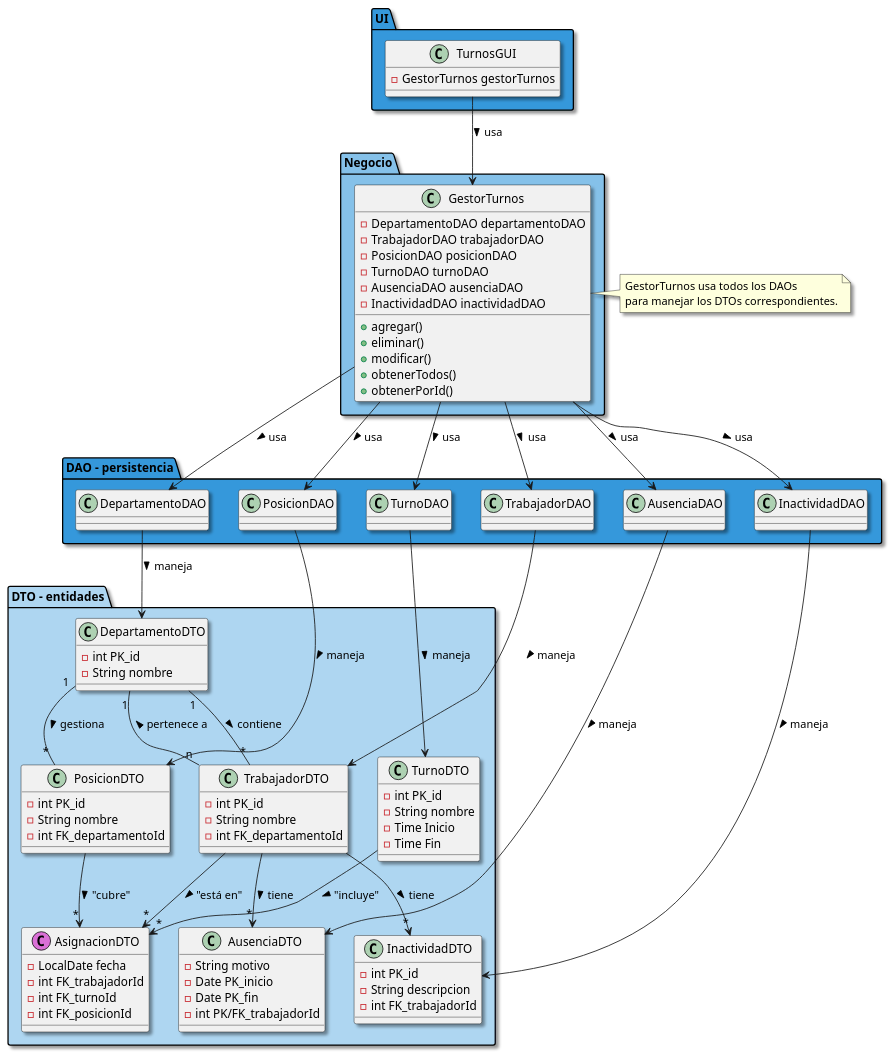
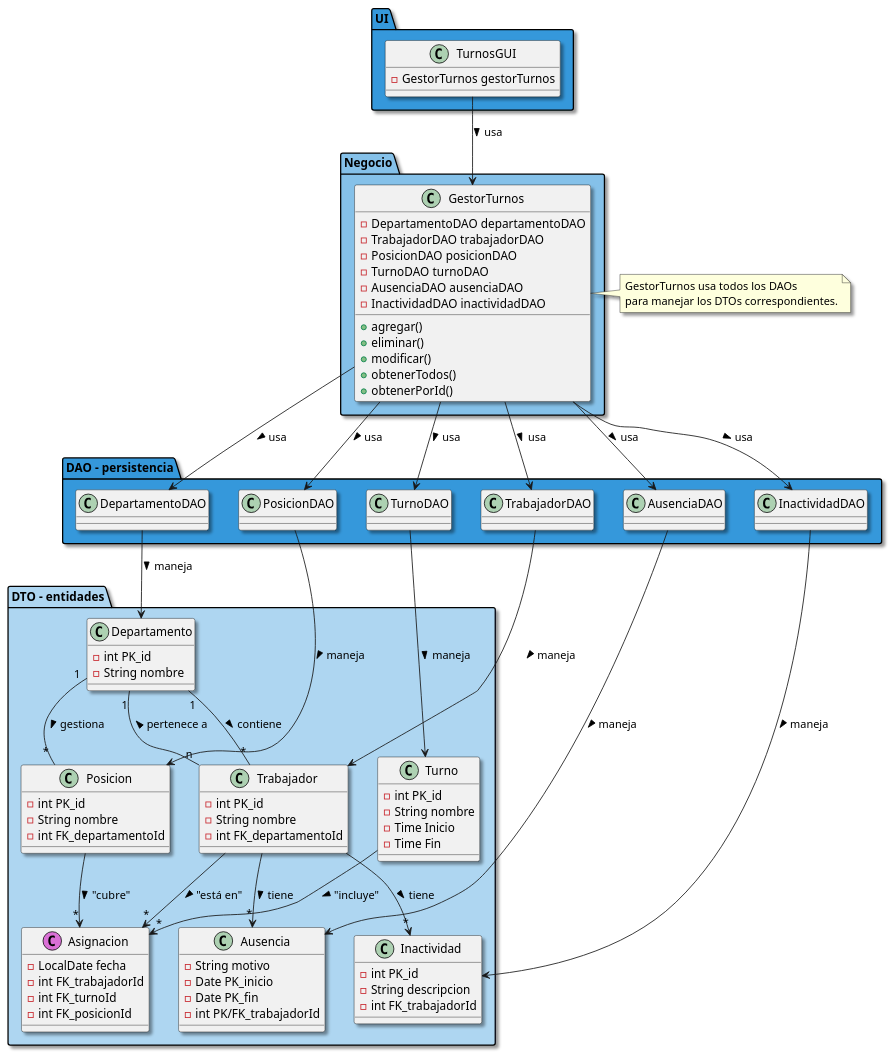
The diagram in DiagramaER.puml (flpmarin/GestorDeTurnos), drawn with PlantUML before and after one commit. The commit also changed 12 other files, not shown here.

Commit message:
Agregar clase Asignacion, Asignación DAO y los métodos básicos

```diff
--- a/DiagramaER.puml
+++ b/DiagramaER.puml
@@ -1,113 +1,113 @@
 @startuml turnos
 ' En un diagrama UML, las relaciones entre las clases a menudo se representan con líneas de asociación, por lo que no es necesario duplicar esta información en las listas dentro de las clases.
 package "DTO - entidades" #AED6F1 {
 
 
 
 skinparam shadowing true
-    class DepartamentoDTO {
+    class Departamento {
         - int PK_id
         - String nombre
     }
 
-    class TrabajadorDTO {
+    class Trabajador {
         - int PK_id
         - String nombre
         - int FK_departamentoId
     }
-    class TurnoDTO {
+    class Turno {
         - int PK_id
         - String nombre
         - Time Inicio
         - Time Fin
     }
-    class PosicionDTO {
+    class Posicion {
         - int PK_id
         - String nombre
         - int FK_departamentoId
     }
 
-    class AusenciaDTO {
+    class Ausencia {
         - String motivo
         - Date PK_inicio
         - Date PK_fin
         - int PK/FK_trabajadorId
     }
 
-    class AsignacionDTO << (C, Orchid) >>{
+    class Asignacion << (C, Orchid) >>{
         - LocalDate fecha
         - int FK_trabajadorId
         - int FK_turnoId
         - int FK_posicionId
     }
-    class InactividadDTO {
+    class Inactividad {
         - int PK_id
         - String descripcion
         - int FK_trabajadorId
     }
 
 
 }
 
 package "Negocio" #85C1E9 {
     class GestorTurnos {
         - DepartamentoDAO departamentoDAO
         - TrabajadorDAO trabajadorDAO
         - PosicionDAO posicionDAO
         - TurnoDAO turnoDAO
         - AusenciaDAO ausenciaDAO
         - InactividadDAO inactividadDAO
         + agregar()
         + eliminar()
         + modificar()
         + obtenerTodos()
         + obtenerPorId()
     }
 }
 
 package "DAO - persistencia" #3498DB {
     class DepartamentoDAO {}
     class TrabajadorDAO {}
     class PosicionDAO {}
     class TurnoDAO {}
     class AusenciaDAO {}
     class InactividadDAO {}
 }
 
 package "UI" #3498DB {
     class TurnosGUI {
         - GestorTurnos gestorTurnos
     }
 }
 
-DepartamentoDTO "1" -- "*" TrabajadorDTO : contiene >
-DepartamentoDTO "1" -- "*" PosicionDTO : gestiona >
-TrabajadorDTO "n" -- "1" DepartamentoDTO : pertenece a >
-TrabajadorDTO -down-> "*" AusenciaDTO : tiene >
-TrabajadorDTO -down-> "*" InactividadDTO : tiene >
-TrabajadorDTO -down-> "*" AsignacionDTO : "está en" >
-TurnoDTO -down-> "*" AsignacionDTO : "incluye" >
-PosicionDTO -down-> "*" AsignacionDTO : "cubre" >
+Departamento "1" -- "*" Trabajador : contiene >
+Departamento "1" -- "*" Posicion : gestiona >
+Trabajador "n" -- "1" Departamento : pertenece a >
+Trabajador -down-> "*" Ausencia : tiene >
+Trabajador -down-> "*" Inactividad : tiene >
+Trabajador -down-> "*" Asignacion : "está en" >
+Turno -down-> "*" Asignacion : "incluye" >
+Posicion -down-> "*" Asignacion : "cubre" >
 
 GestorTurnos -down-> DepartamentoDAO : usa >
 GestorTurnos -down-> TrabajadorDAO : usa >
 GestorTurnos -down-> PosicionDAO : usa >
 GestorTurnos -down-> TurnoDAO : usa >
 GestorTurnos -down-> AusenciaDAO : usa >
 GestorTurnos -down-> InactividadDAO : usa >
 
-DepartamentoDAO -down-> DepartamentoDTO : maneja >
-TrabajadorDAO -down-> TrabajadorDTO : maneja >
-PosicionDAO -down-> PosicionDTO : maneja >
-TurnoDAO -down-> TurnoDTO : maneja >
-AusenciaDAO -down-> AusenciaDTO : maneja >
-InactividadDAO -down-> InactividadDTO : maneja >
+DepartamentoDAO -down-> Departamento : maneja >
+TrabajadorDAO -down-> Trabajador : maneja >
+PosicionDAO -down-> Posicion : maneja >
+TurnoDAO -down-> Turno : maneja >
+AusenciaDAO -down-> Ausencia : maneja >
+InactividadDAO -down-> Inactividad : maneja >
 
 TurnosGUI -down-> GestorTurnos : usa >
 
 note right of GestorTurnos
     GestorTurnos usa todos los DAOs
     para manejar los DTOs correspondientes.
 end note
 
 @enduml
```
